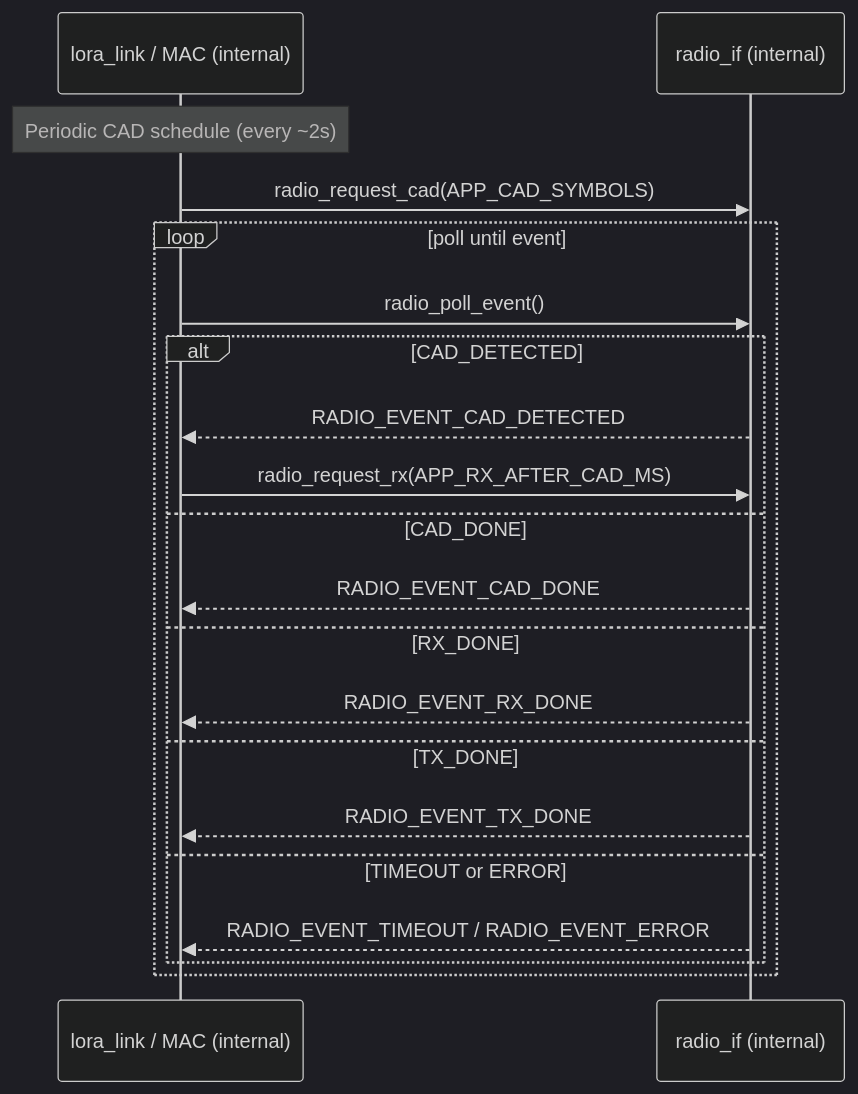
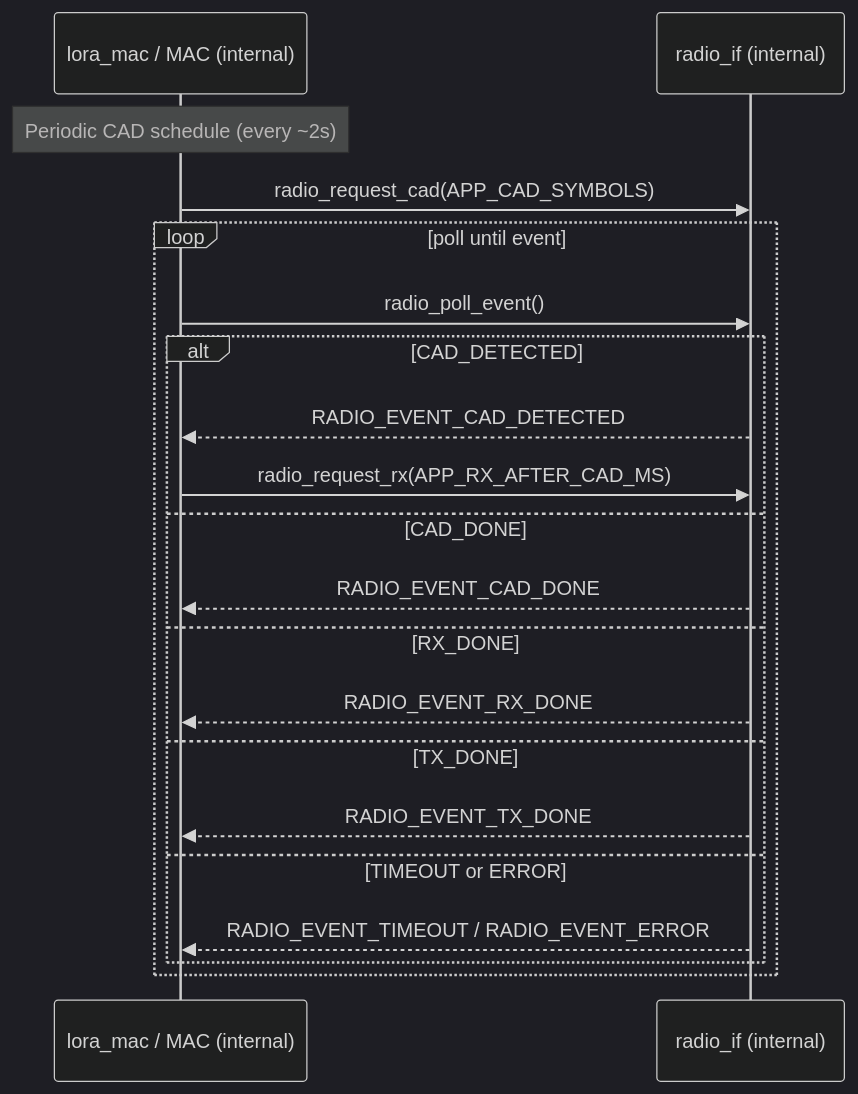
One commit to vuvantruong120896/emic_lora_protocol changed the third of 8 diagrams in EMIC_LORA_PROTOCOL/docs/layer_call_flow.md. Above: the diagram before and after it, drawn with Mermaid (dark theme). The commit also changed other lines of this file and 15 other files, not shown here.

````diff
--- a/EMIC_LORA_PROTOCOL/docs/layer_call_flow.md
+++ b/EMIC_LORA_PROTOCOL/docs/layer_call_flow.md
@@ -196,24 +196,24 @@
 ```mermaid
 sequenceDiagram
-  participant MAC as lora_link / MAC (internal)
+  participant MAC as lora_mac / MAC (internal)
   participant RADIO as radio_if (internal)
 
   Note over MAC: Periodic CAD schedule (every ~2s)
   MAC->>RADIO: radio_request_cad(APP_CAD_SYMBOLS)
 
   loop poll until event
     MAC->>RADIO: radio_poll_event()
     alt CAD_DETECTED
       RADIO-->>MAC: RADIO_EVENT_CAD_DETECTED
       MAC->>RADIO: radio_request_rx(APP_RX_AFTER_CAD_MS)
     else CAD_DONE
       RADIO-->>MAC: RADIO_EVENT_CAD_DONE
     else RX_DONE
       RADIO-->>MAC: RADIO_EVENT_RX_DONE
     else TX_DONE
       RADIO-->>MAC: RADIO_EVENT_TX_DONE
     else TIMEOUT or ERROR
       RADIO-->>MAC: RADIO_EVENT_TIMEOUT / RADIO_EVENT_ERROR
     end
   end
 ```
````
